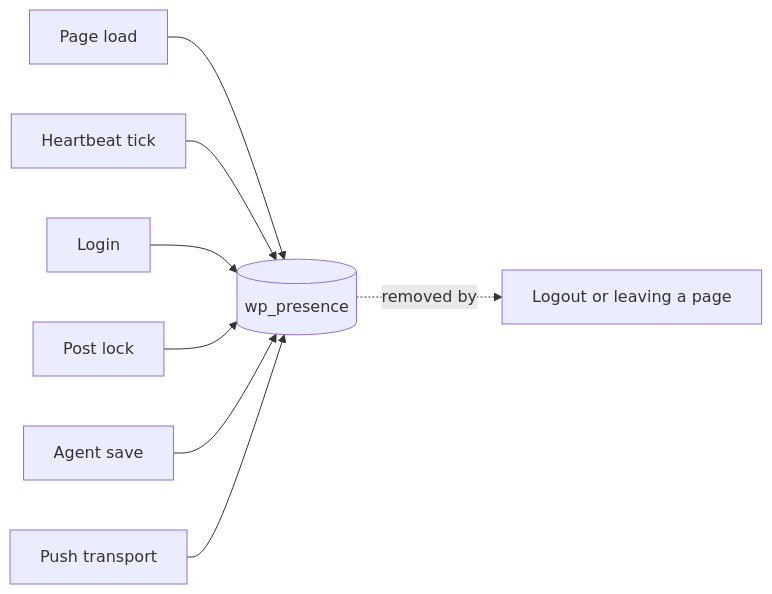
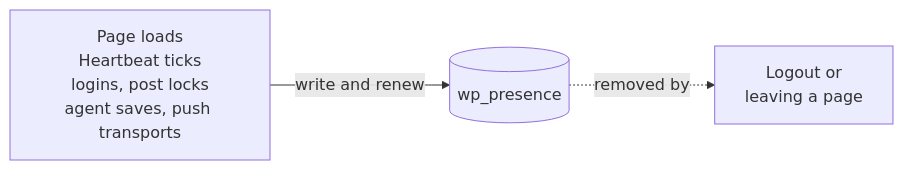
One commit to WordPress/presence-api changed the diagram in docs/writers.md. Above: the diagram before and after it, drawn with Mermaid. The commit also changed other lines of this file and 12 other files, not shown here.

````diff
--- a/docs/writers.md
+++ b/docs/writers.md
@@ -7,12 +7,7 @@
 ```mermaid
 flowchart LR
 	accTitle: What writes and removes rows
 	accDescr: Page loads, Heartbeat ticks, login, post locks, agent saves, push transports and WP-CLI write rows to wp_presence. Logout and leaving a page remove them.
-	P[Page load] --> T[("wp_presence")]
-	H[Heartbeat tick] --> T
-	L[Login] --> T
-	K[Post lock] --> T
-	A[Agent save] --> T
-	X[Push transport] --> T
-	T -.->|removed by| O[Logout or leaving a page]
+	W["Page loads<br/>Heartbeat ticks<br/>logins, post locks<br/>agent saves, push transports"] -->|write and renew| T[("wp_presence")]
+	T -.->|removed by| O["Logout or<br/>leaving a page"]
 ```
````
